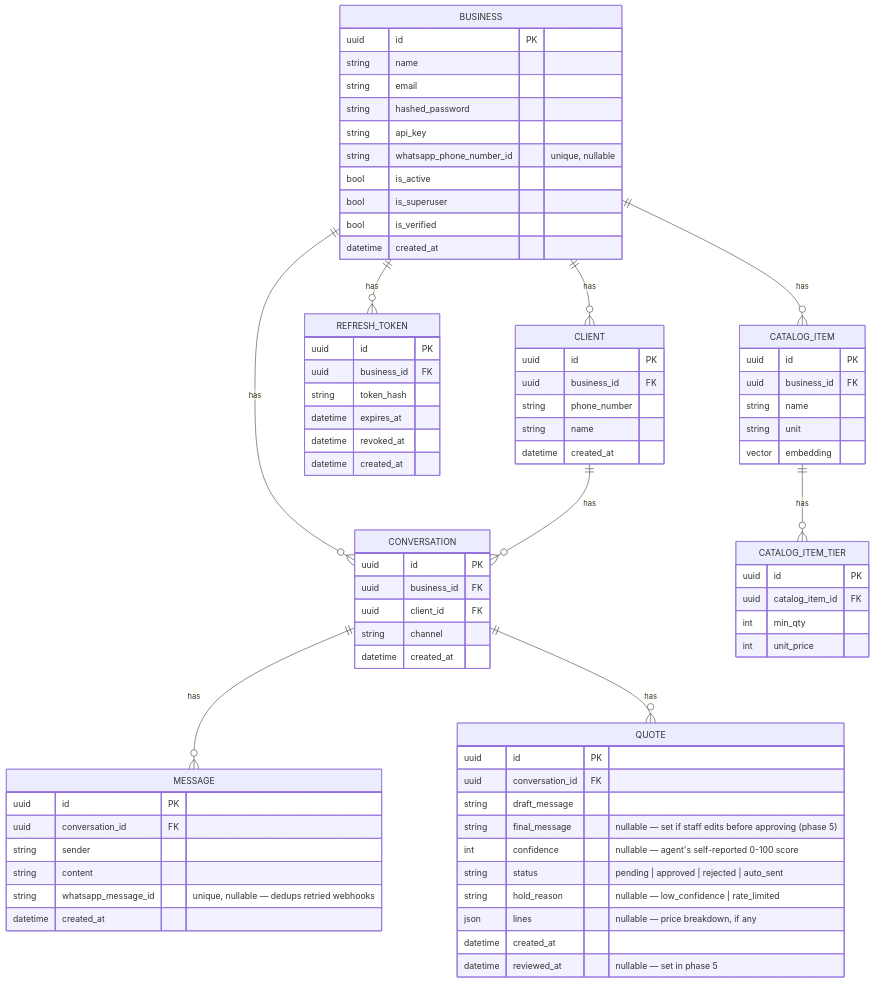
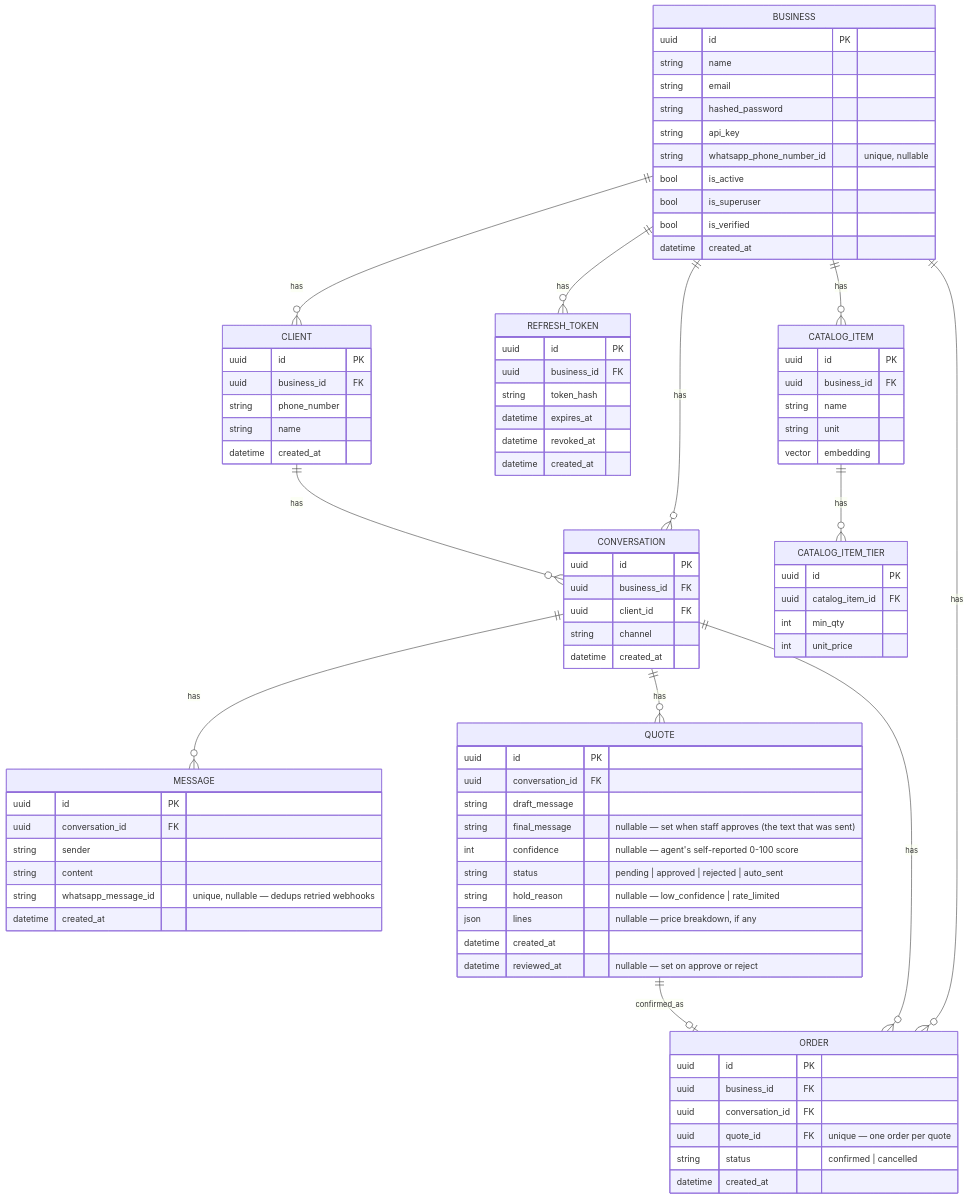
One commit to amineaiba/Quotify changed the first of 3 diagrams in docs/ARCHITECTURE.md. Above: the diagram before and after it, drawn with Mermaid. The commit also changed other lines of this file and 3 other files, not shown here.

Commit message:
Update README, roadmap and architecture docs

````diff
--- a/docs/ARCHITECTURE.md
+++ b/docs/ARCHITECTURE.md
@@ -49,9 +50,12 @@
     BUSINESS ||--o{ REFRESH_TOKEN : has
     BUSINESS ||--o{ CONVERSATION : has
     BUSINESS ||--o{ CATALOG_ITEM : has
+    BUSINESS ||--o{ ORDER : has
     CLIENT ||--o{ CONVERSATION : has
     CONVERSATION ||--o{ MESSAGE : has
     CONVERSATION ||--o{ QUOTE : has
+    CONVERSATION ||--o{ ORDER : has
+    QUOTE ||--o| ORDER : confirmed_as
     CATALOG_ITEM ||--o{ CATALOG_ITEM_TIER : has
 
     BUSINESS {
@@ -113,12 +117,20 @@
         uuid id PK
         uuid conversation_id FK
         string draft_message
-        string final_message "nullable — set if staff edits before approving (phase 5)"
+        string final_message "nullable — set when staff approves (the text that was sent)"
         int confidence "nullable — agent's self-reported 0-100 score"
         string status "pending | approved | rejected | auto_sent"
         string hold_reason "nullable — low_confidence | rate_limited"
         json lines "nullable — price breakdown, if any"
         datetime created_at
-        datetime reviewed_at "nullable — set in phase 5"
+        datetime reviewed_at "nullable — set on approve or reject"
+    }
+    ORDER {
+        uuid id PK
+        uuid business_id FK
+        uuid conversation_id FK
+        uuid quote_id FK "unique — one order per quote"
+        string status "confirmed | cancelled"
+        datetime created_at
     }
 ```
````
